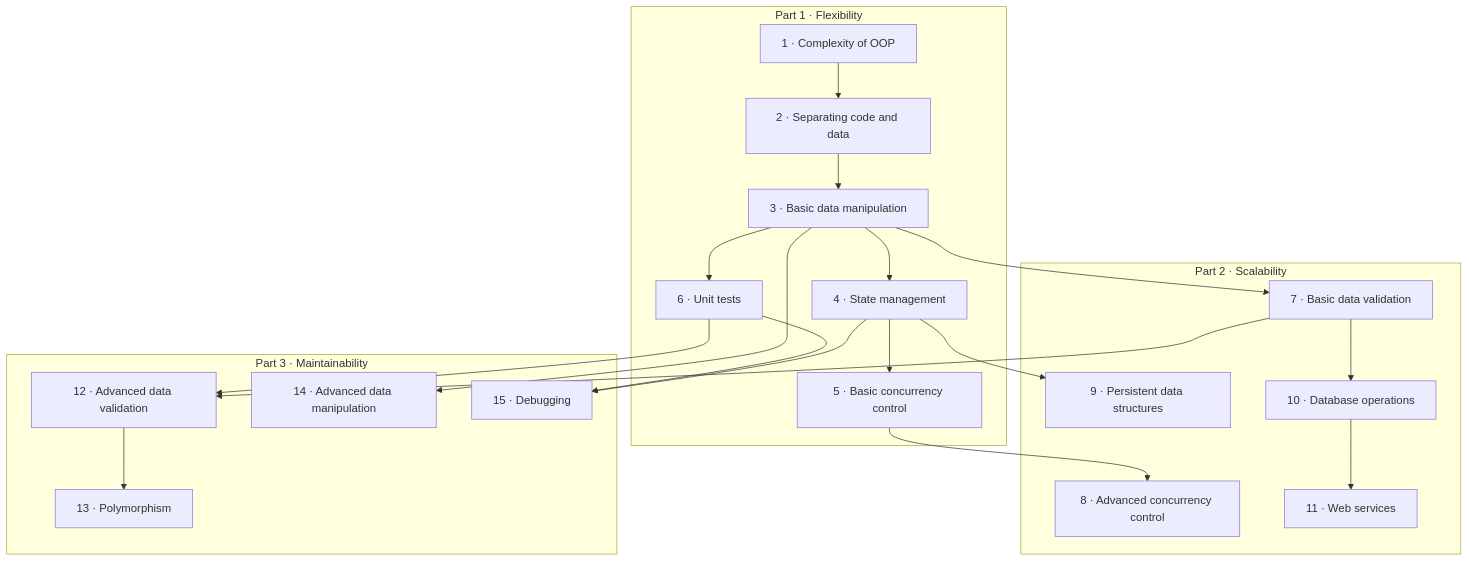
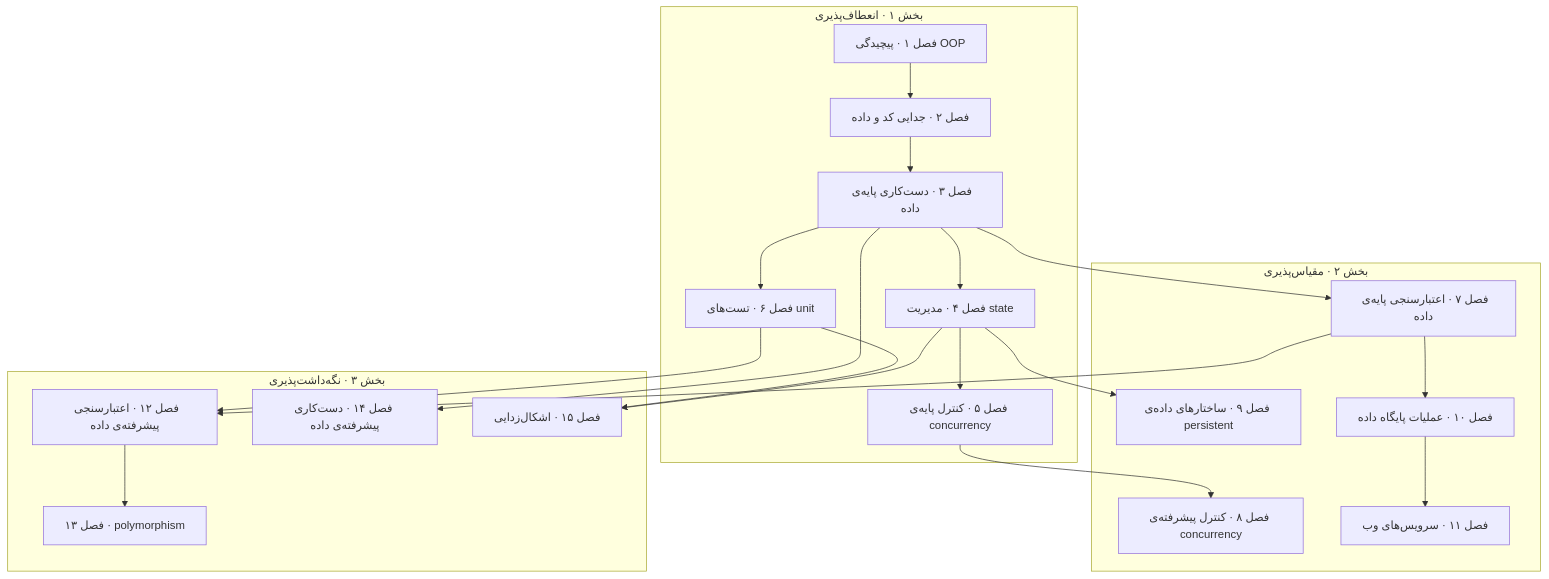
The diagram in books/data-oriented-programming/README.md (AlirezaHanifi/knowledge-vault), drawn with Mermaid before and after one commit. The commit also changed other lines of this file and 73 other files, not shown here.

````diff
--- a/books/data-oriented-programming/README.md
+++ b/books/data-oriented-programming/README.md
@@ -52,27 +53,27 @@
 ```mermaid
 flowchart TB
-    subgraph P1["Part 1 · Flexibility"]
-        C1["1 · Complexity of OOP"] --> C2["2 · Separating code and data"] --> C3["3 · Basic data manipulation"]
-        C3 --> C4["4 · State management"] --> C5["5 · Basic concurrency control"]
-        C3 --> C6["6 · Unit tests"]
+    subgraph P1["بخش ۱ · انعطاف‌پذیری"]
+        C1["فصل ۱ · پیچیدگی OOP"] --> C2["فصل ۲ · جدایی کد و داده"] --> C3["فصل ۳ · دست‌کاری پایه‌ی داده"]
+        C3 --> C4["فصل ۴ · مدیریت state"] --> C5["فصل ۵ · کنترل پایه‌ی concurrency"]
+        C3 --> C6["فصل ۶ · تست‌های unit"]
     end
-    subgraph P2["Part 2 · Scalability"]
-        C7["7 · Basic data validation"]
-        C8["8 · Advanced concurrency control"]
-        C9["9 · Persistent data structures"]
-        C10["10 · Database operations"] --> C11["11 · Web services"]
+    subgraph P2["بخش ۲ · مقیاس‌پذیری"]
+        C7["فصل ۷ · اعتبارسنجی پایه‌ی داده"]
+        C8["فصل ۸ · کنترل پیشرفته‌ی concurrency"]
+        C9["فصل ۹ · ساختارهای داده‌ی persistent"]
+        C10["فصل ۱۰ · عملیات پایگاه داده"] --> C11["فصل ۱۱ · سرویس‌های وب"]
     end
-    subgraph P3["Part 3 · Maintainability"]
-        C12["12 · Advanced data validation"]
-        C13["13 · Polymorphism"]
-        C14["14 · Advanced data manipulation"]
-        C15["15 · Debugging"]
+    subgraph P3["بخش ۳ · نگه‌داشت‌پذیری"]
+        C12["فصل ۱۲ · اعتبارسنجی پیشرفته‌ی داده"]
+        C13["فصل ۱۳ · polymorphism"]
+        C14["فصل ۱۴ · دست‌کاری پیشرفته‌ی داده"]
+        C15["فصل ۱۵ · اشکال‌زدایی"]
     end
     C3 --> C7 --> C10
     C5 --> C8
     C4 --> C9
     C7 --> C12 --> C13
     C6 --> C12
     C6 & C4 --> C15
     C3 --> C14
 ```
````
